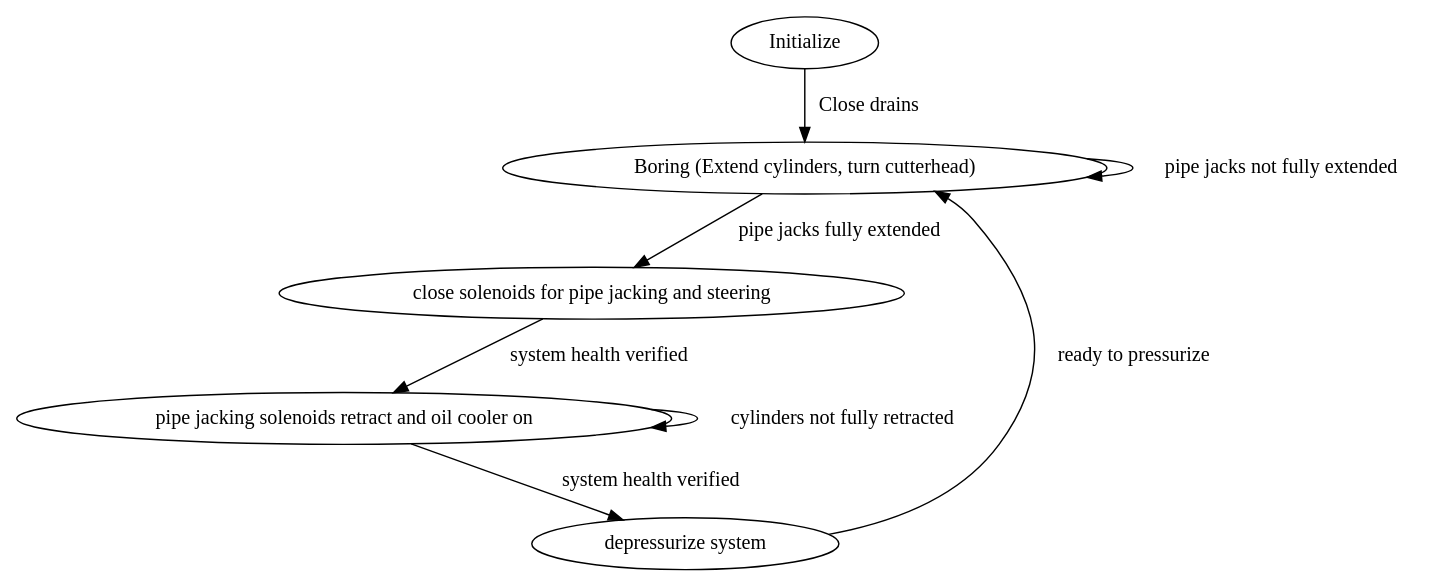
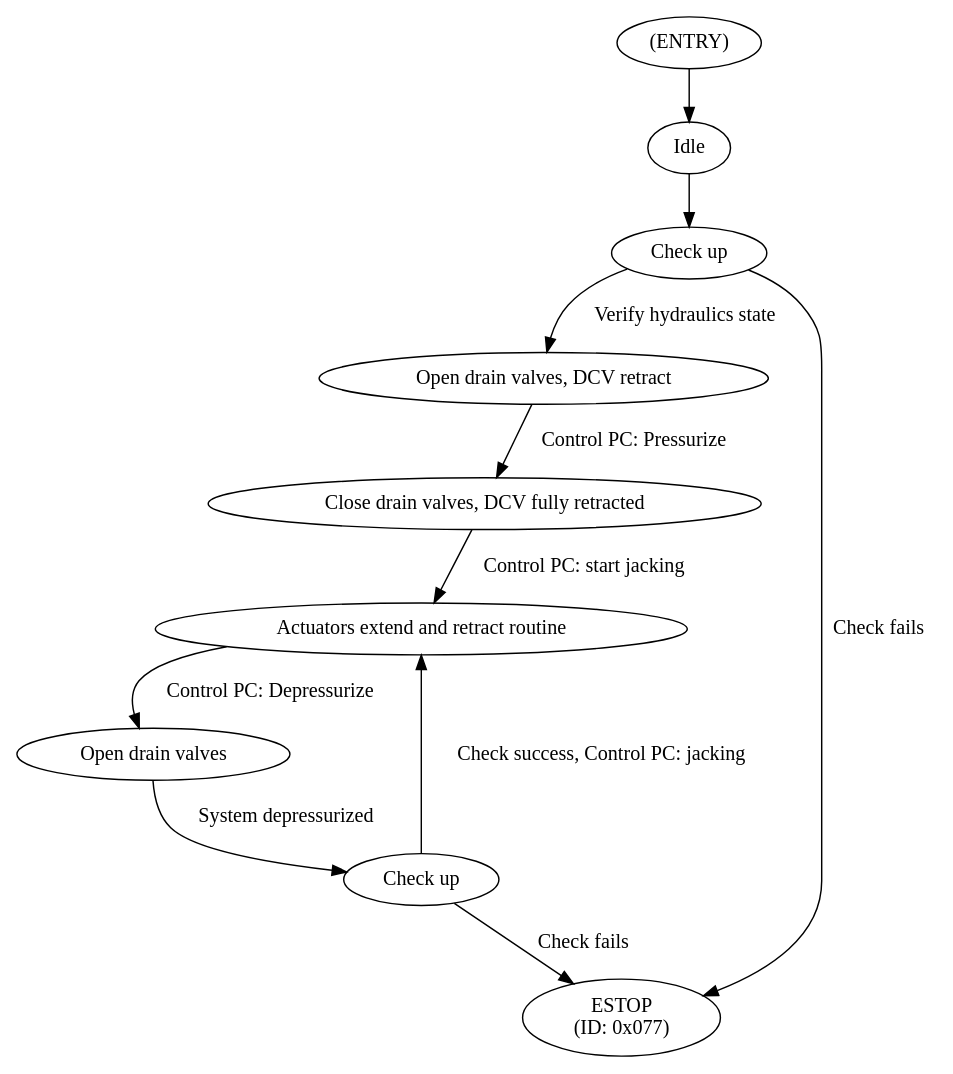
Before and after one commit to umdloop/state-machines: the diagram in tbm_2/hydraulics/hydraulics.dot, drawn with Graphviz. The commit also changed other lines of this file and 16 other files, not shown here.

```diff
--- a/tbm_2/hydraulics/hydraulics.dot
+++ b/tbm_2/hydraulics/hydraulics.dot
@@ -1,15 +1,24 @@
-digraph hydraulics{
-    S00 [label="Initialize"];
-    S01 [label="Boring (Extend cylinders, turn cutterhead)"];
-    S02 [label="close solenoids for pipe jacking and steering"];
-    S03 [label="pipe jacking solenoids retract and oil cooler on"];
-    S04 [label="depressurize system"];
+digraph {
+    // 12/15
+    S01 [label= "(ENTRY)"];
+    S03 [label="Open drain valves, DCV retract"];
+    S04 [label="Close drain valves, DCV fully retracted"];
+    S05 [label=" Actuators extend and retract routine"];
+    S06 [label="Open drain valves"];
+    S07 [label="Check up"];
+    S08 [label= "Check up"];
+    S09 [label= "ESTOP\n(ID: 0x077)"];
+    S10 [label= "Idle"];
 
-    S00 -> S01 [label="Close drains"];
-    S01 -> S01 [label="pipe jacks not fully extended"];
-    S01 -> S02 [label="pipe jacks fully extended"];
-    S02 -> S03 [label="system health verified"];
-    S03 -> S03 [label="cylinders not fully retracted"];
-    S03 -> S04 [label="system health verified"];
-    S04 -> S01 [label="ready to pressurize"];
+    S01 -> S10 [label=""];
+    S10 -> S08 [label=""]
+    S08 -> S03 [label= "Verify hydraulics state"];
+    S03 -> S04 [label="Control PC: Pressurize"];
+    S04 -> S05 [label="Control PC: start jacking"];
+// extending
+    S05 -> S06 [label="Control PC: Depressurize"];
+    S06 -> S07 [label="System depressurized"];
+    S07 -> S05 [label="Check success, Control PC: jacking"];
+    S07 -> S09 [label="Check fails"];
+    S08 -> S09 [label="Check fails"];
 }
```
